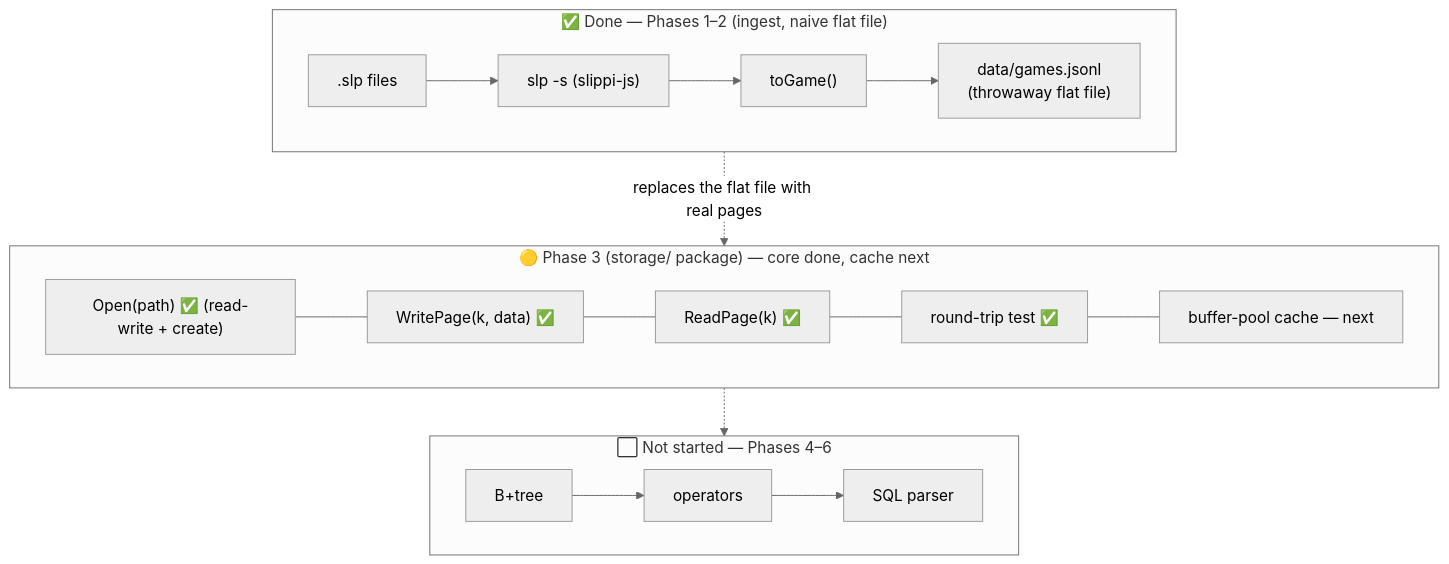
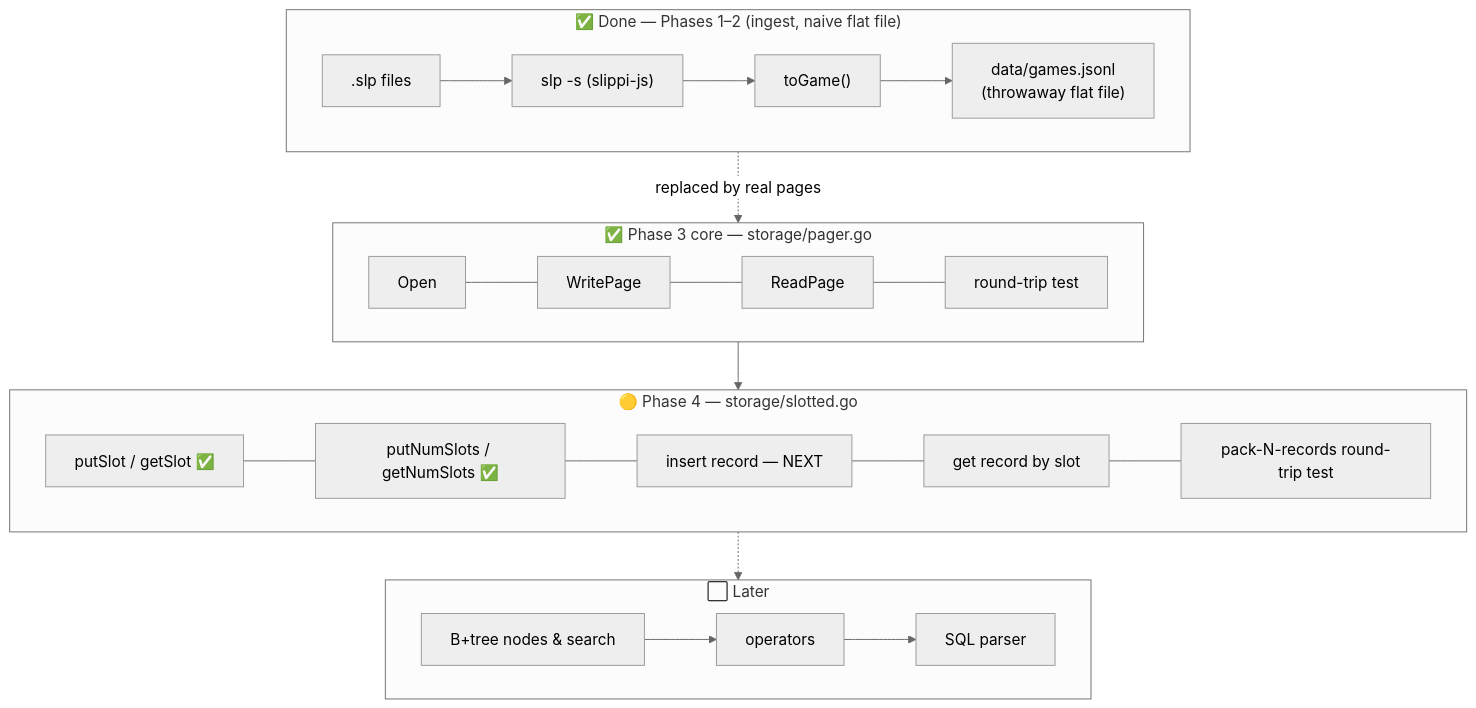
Before and after one commit to Joey-Farah/srsdb: the fourth of 5 diagrams in ARCHITECTURE.md, drawn with Mermaid (neutral theme). The commit also changed other lines of this file and 1 other file, not shown here.

Commit message:
Docs: refresh ARCHITECTURE.md status + add code map; add Go cheat sheet

````diff
--- a/ARCHITECTURE.md
+++ b/ARCHITECTURE.md
@@ -94,22 +96,26 @@
 ```mermaid
 flowchart TB
     subgraph DONE["✅ Done — Phases 1–2 (ingest, naive flat file)"]
         SLP[".slp files"] --> JS["slp -s (slippi-js)"] --> TOGAME["toGame()"] --> JSONL["data/games.jsonl<br/>(throwaway flat file)"]
     end
 
-    subgraph NOW["🟡 Phase 3 (storage/ package) — core done, cache next"]
-        OPEN["Open(path) ✅ (read-write + create)"]
-        WRITE["WritePage(k, data) ✅"]
-        READ["ReadPage(k) ✅"]
-        TEST["round-trip test ✅"]
-        CACHE["buffer-pool cache — next"]
-        OPEN --- WRITE --- READ --- TEST --- CACHE
+    subgraph P3["✅ Phase 3 core — storage/pager.go"]
+        OPEN["Open"] --- WRITE["WritePage"] --- READ["ReadPage"] --- TEST["round-trip test"]
     end
 
-    subgraph LATER["⬜ Not started — Phases 4–6"]
-        TREE["B+tree"] --> OPSX["operators"] --> SQLX["SQL parser"]
+    subgraph NOW["🟡 Phase 4 — storage/slotted.go"]
+        SLOT["putSlot / getSlot ✅"]
+        HDR["putNumSlots / getNumSlots ✅"]
+        INS["insert record — NEXT"]
+        GET["get record by slot"]
+        RT["pack-N-records round-trip test"]
+        SLOT --- HDR --- INS --- GET --- RT
     end
 
-    DONE -.->|"replaces the flat file with real pages"| NOW
-    NOW -.-> LATER
+    subgraph LATER["⬜ Later"]
+        TREE["B+tree nodes & search"] --> OPSX["operators"] --> SQLX["SQL parser"]
+    end
+
+    DONE -.->|"replaced by real pages"| P3
+    P3 --> NOW -.-> LATER
 ```
````
